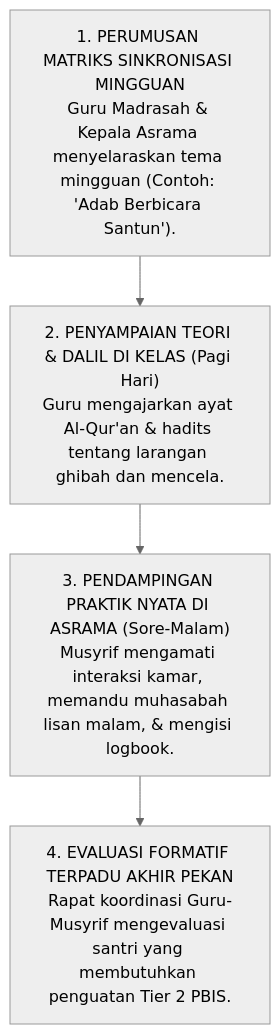
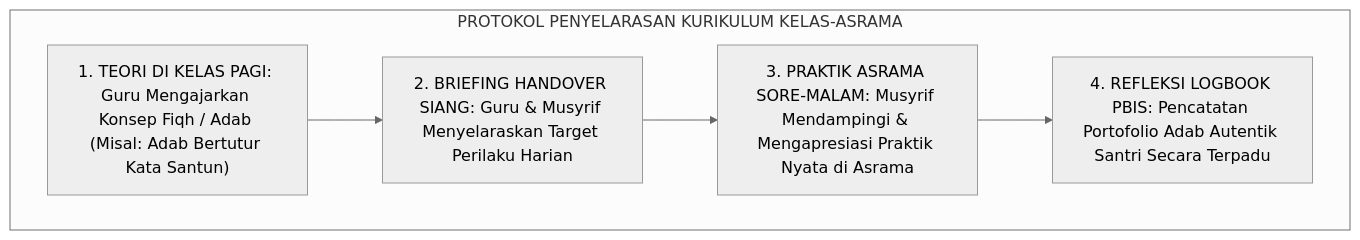
One commit to wandiapriliyandi/tumbuh changed the third of 3 diagrams in 02 Principles/02 Design Principles/P2-02-01-Prinsip-Desain-Kurikulum-Holistik.md. Above: the diagram before and after it, drawn with Mermaid (neutral theme). The commit also changed other lines of this file and 7 other files, not shown here.

````diff
--- a/02 Principles/02 Design Principles/P2-02-01-Prinsip-Desain-Kurikulum-Holistik.md
+++ b/02 Principles/02 Design Principles/P2-02-01-Prinsip-Desain-Kurikulum-Holistik.md
@@ -283,12 +162,9 @@
 ```mermaid
 flowchart TD
-    Langkah1["1. PERUMUSAN MATRIKS SINKRONISASI MINGGUAN<br/>Guru Madrasah & Kepala Asrama menyelaraskan tema mingguan (Contoh: 'Adab Berbicara Santun')."]
-    
-    Langkah2["2. PENYAMPAIAN TEORI & DALIL DI KELAS (Pagi Hari)<br/>Guru mengajarkan ayat Al-Qur'an & hadits tentang larangan ghibah dan mencela."]
-    
-    Langkah3["3. PENDAMPINGAN PRAKTIK NYATA DI ASRAMA (Sore-Malam)<br/>Musyrif mengamati interaksi kamar, memandu muhasabah lisan malam, & mengisi logbook."]
-    
-    Langkah4["4. EVALUASI FORMATIF TERPADU AKHIR PEKAN<br/>Rapat koordinasi Guru-Musyrif mengevaluasi santri yang membutuhkan penguatan Tier 2 PBIS."]
-    
-    Langkah1 --> Langkah2 --> Langkah3 --> Langkah4
+    subgraph ProtokolPenyelarasanKurikulum["PROTOKOL PENYELARASAN KURIKULUM KELAS-ASRAMA"]
+        PagiKelas["1. TEORI DI KELAS PAGI: Guru Mengajarkan Konsep Fiqh / Adab (Misal: Adab Bertutur Kata Santun)"]
+        --> HandoverMusyrif["2. BRIEFING HANDOVER SIANG: Guru & Musyrif Menyelaraskan Target Perilaku Harian"]
+        --> PraktikAsrama["3. PRAKTIK ASRAMA SORE-MALAM: Musyrif Mendampingi & Mengapresiasi Praktik Nyata di Asrama"]
+        --> RefleksiLogbook["4. REFLEKSI LOGBOOK PBIS: Pencatatan Portofolio Adab Autentik Santri Secara Terpadu"]
+    end
 ```
````
